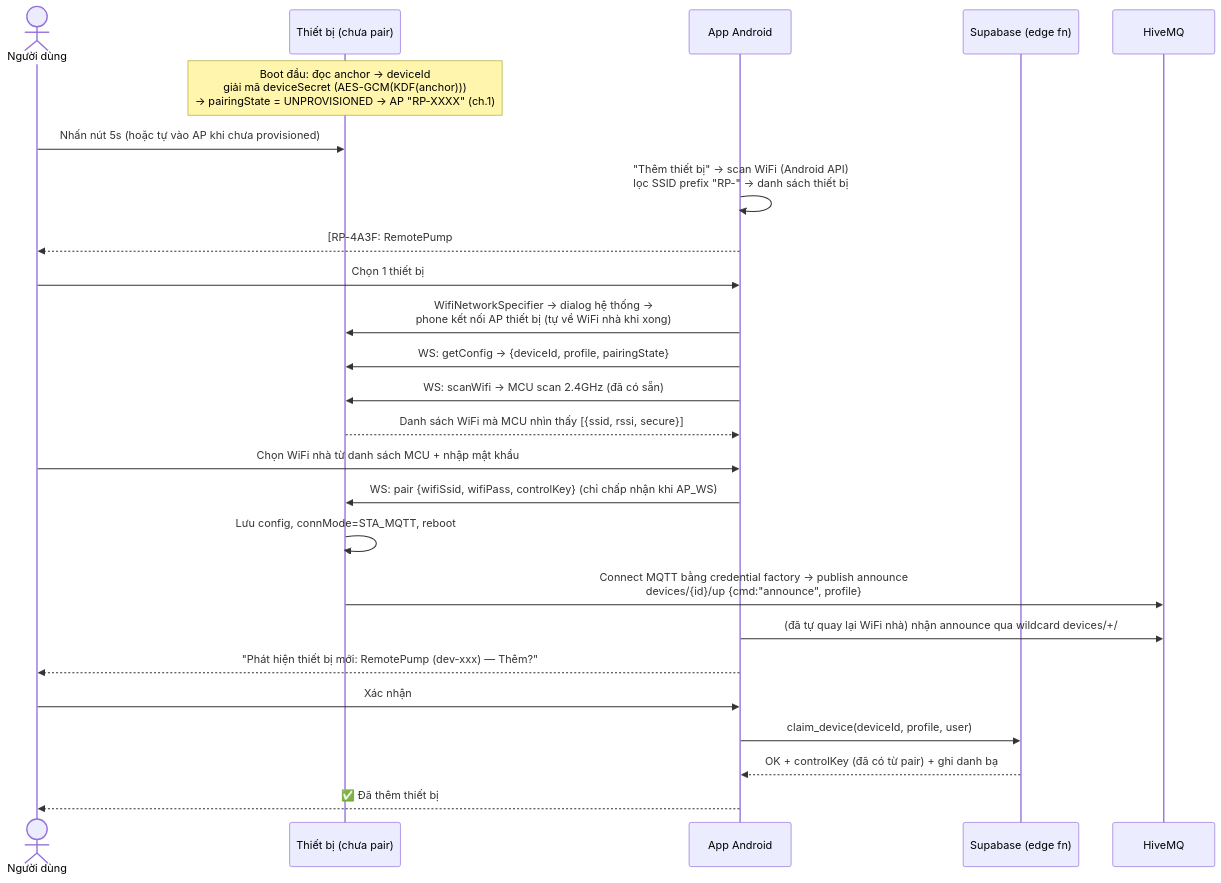
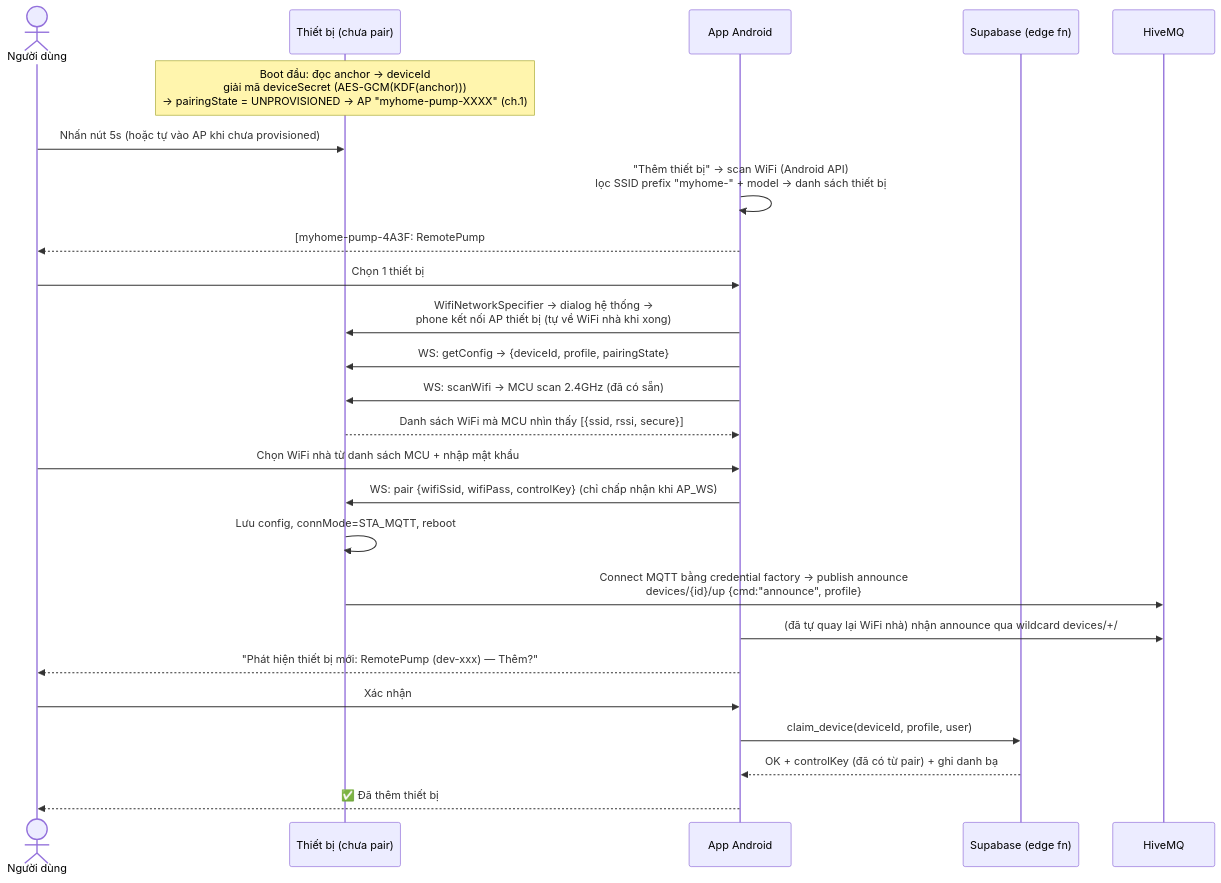
Before and after one commit to nndai/smart-home-platform: the fourth of 7 diagrams in docs/ECOSYSTEM_PLAN.md, drawn with Mermaid. The commit also changed other lines of this file and 2 other files, not shown here.

Commit message:
docs: identity & pairing reference (IDENTITY_AND_PAIRING.md), AP SSID myhome-* updates

````diff
--- a/docs/ECOSYSTEM_PLAN.md
+++ b/docs/ECOSYSTEM_PLAN.md
@@ -125,28 +125,28 @@
 ```mermaid
 sequenceDiagram
     actor U as Người dùng
     participant D as Thiết bị (chưa pair)
     participant A as App Android
     participant S as Supabase (edge fn)
     participant H as HiveMQ
 
-    Note over D: Boot đầu: đọc anchor → deviceId<br/>giải mã deviceSecret (AES-GCM(KDF(anchor)))<br/>→ pairingState = UNPROVISIONED → AP "RP-XXXX" (ch.1)
+    Note over D: Boot đầu: đọc anchor → deviceId<br/>giải mã deviceSecret (AES-GCM(KDF(anchor)))<br/>→ pairingState = UNPROVISIONED → AP "myhome-pump-XXXX" (ch.1)
     U->>D: Nhấn nút 5s (hoặc tự vào AP khi chưa provisioned)
-    A->>A: "Thêm thiết bị" → scan WiFi (Android API)<br/>lọc SSID prefix "RP-" → danh sách thiết bị
-    A-->>U: [RP-4A3F: RemotePump #1, RP-9C11: RemotePump #2]
+    A->>A: "Thêm thiết bị" → scan WiFi (Android API)<br/>lọc SSID prefix "myhome-" + model → danh sách thiết bị
+    A-->>U: [myhome-pump-4A3F: RemotePump #1, myhome-pump-9C11: RemotePump #2]
     U->>A: Chọn 1 thiết bị
     A->>D: WifiNetworkSpecifier → dialog hệ thống →<br/>phone kết nối AP thiết bị (tự về WiFi nhà khi xong)
     A->>D: WS: getConfig → {deviceId, profile, pairingState}
     A->>D: WS: scanWifi → MCU scan 2.4GHz (đã có sẵn)
     D-->>A: Danh sách WiFi mà MCU nhìn thấy [{ssid, rssi, secure}]
     U->>A: Chọn WiFi nhà từ danh sách MCU + nhập mật khẩu
     A->>D: WS: pair {wifiSsid, wifiPass, controlKey} (chỉ chấp nhận khi AP_WS)
     D->>D: Lưu config, connMode=STA_MQTT, reboot
     D->>H: Connect MQTT bằng credential factory → publish announce<br/>devices/{id}/up {cmd:"announce", profile}
     A->>H: (đã tự quay lại WiFi nhà) nhận announce qua wildcard devices/+/#
     A-->>U: "Phát hiện thiết bị mới: RemotePump (dev-xxx) — Thêm?"
     U->>A: Xác nhận
     A->>S: claim_device(deviceId, profile, user)
     S-->>A: OK + controlKey (đã có từ pair) + ghi danh bạ
     A-->>U: ✅ Đã thêm thiết bị
 ```
````
